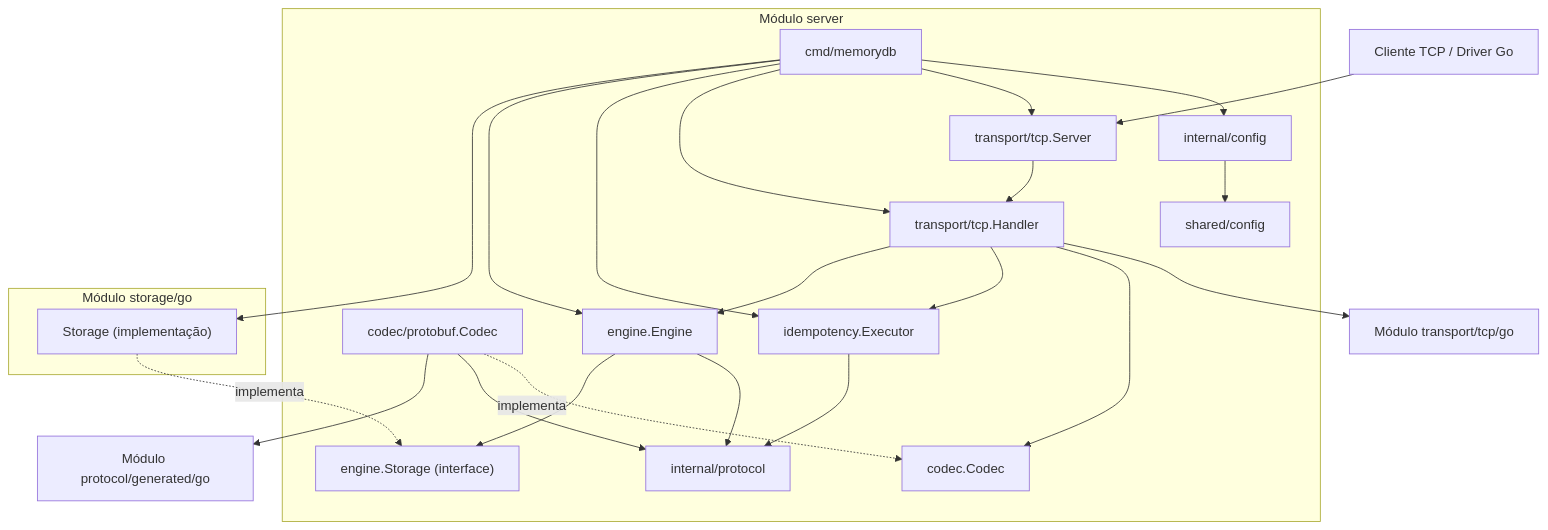
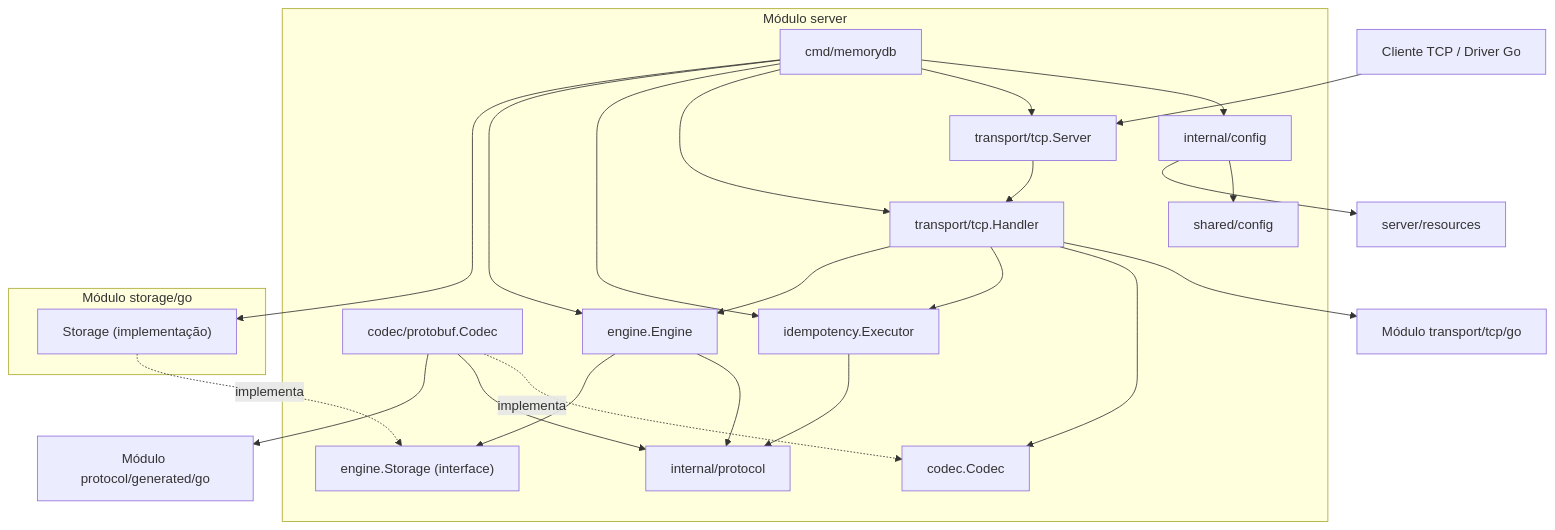
One commit to pescador95/memorydb changed the second of 3 diagrams in docs/tecnica/ARQUITETURA.md. Above: the diagram before and after it, drawn with Mermaid. The commit also changed other lines of this file and 75 other files, not shown here.

````diff
--- a/docs/tecnica/ARQUITETURA.md
+++ b/docs/tecnica/ARQUITETURA.md
@@ -115,47 +117,48 @@
 ```mermaid
 flowchart TB
     Client["Cliente TCP / Driver Go"]
 
     subgraph Server["Módulo server"]
         Entry["cmd/memorydb"]
         Config["internal/config"]
         SharedConfig["shared/config"]
         TCPServer["transport/tcp.Server"]
         Handler["transport/tcp.Handler"]
         CodecPort["codec.Codec"]
         ProtoCodec["codec/protobuf.Codec"]
         Idempotency["idempotency.Executor"]
         Engine["engine.Engine"]
         StoragePort["engine.Storage (interface)"]
         Model["internal/protocol"]
     end
 
     subgraph StorageModule["Módulo storage/go"]
         StorageImpl["Storage (implementação)"]
     end
 
     TCPModule["Módulo transport/tcp/go"]
     Generated["Módulo protocol/generated/go"]
 
     Entry --> Config
     Config --> SharedConfig
+    Config --> Resources["server/resources"]
     Entry --> TCPServer
     Entry --> Handler
     Entry --> Idempotency
     Entry --> Engine
     Entry --> StorageImpl
     TCPServer --> Handler
     Handler --> TCPModule
     Handler --> CodecPort
     Handler --> Idempotency
     Handler --> Engine
     ProtoCodec -. implementa .-> CodecPort
     ProtoCodec --> Model
     ProtoCodec --> Generated
     Engine --> Model
     Engine --> StoragePort
     StorageImpl -. implementa .-> StoragePort
     Idempotency --> Model
 
     Client --> TCPServer
 ```
````
